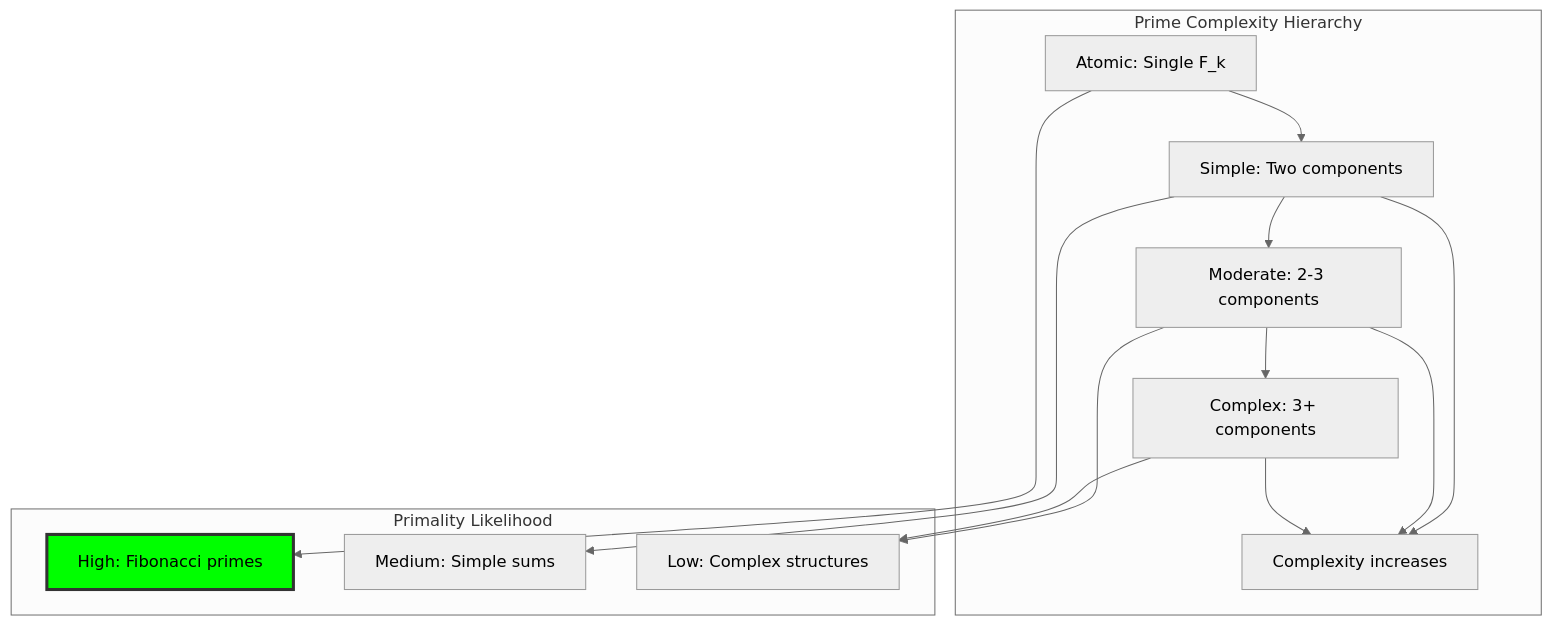
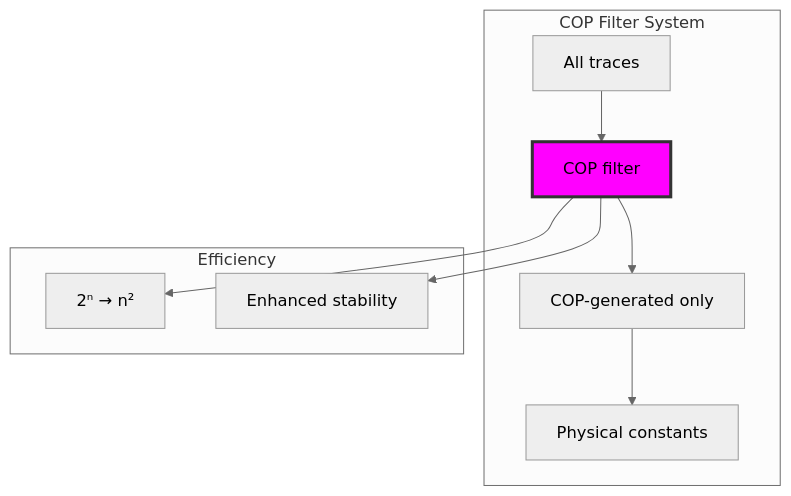
Before and after one commit to loning/the-binarymath: the tenth of 13 diagrams in docs/codex/volume-01-trace-numbers/chapter-023-prime-trace.md, drawn with Mermaid (neutral theme). The commit also changed other lines of this file and 4 other files, not shown here.

````diff
--- a/docs/codex/volume-01-trace-numbers/chapter-023-prime-trace.md
+++ b/docs/codex/volume-01-trace-numbers/chapter-023-prime-trace.md
@@ -388,26 +473,22 @@
 ```mermaid
 graph TD
-    subgraph "Prime Complexity Hierarchy"
-        ATOMIC["Atomic: Single F_k"]
-        SIMPLE["Simple: Two components"]
-        MODERATE["Moderate: 2-3 components"]
-        COMPLEX["Complex: 3+ components"]
+    subgraph "COP Filter System"
+        CANDIDATES["All traces"]
+        FILTER["COP filter"]
+        VALID["COP-generated only"]
+        CONSTANTS["Physical constants"]
         
-        HIERARCHY["Complexity increases"]
-        
-        ATOMIC --> SIMPLE --> MODERATE --> COMPLEX
-        SIMPLE & MODERATE & COMPLEX --> HIERARCHY
+        CANDIDATES --> FILTER
+        FILTER --> VALID
+        VALID --> CONSTANTS
     end
     
-    subgraph "Primality Likelihood"
-        HIGH["High: Fibonacci primes"]
-        MEDIUM["Medium: Simple sums"]
-        LOW["Low: Complex structures"]
+    subgraph "Efficiency"
+        EXPONENTIAL["2ⁿ → n²"]
+        STABLE["Enhanced stability"]
         
-        ATOMIC --> HIGH
-        SIMPLE --> MEDIUM
-        MODERATE & COMPLEX --> LOW
+        FILTER --> EXPONENTIAL & STABLE
     end
     
-    style HIGH fill:#0f0,stroke:#333,stroke-width:3px
+    style FILTER fill:#f0f,stroke:#333,stroke-width:3px
 ```
````
